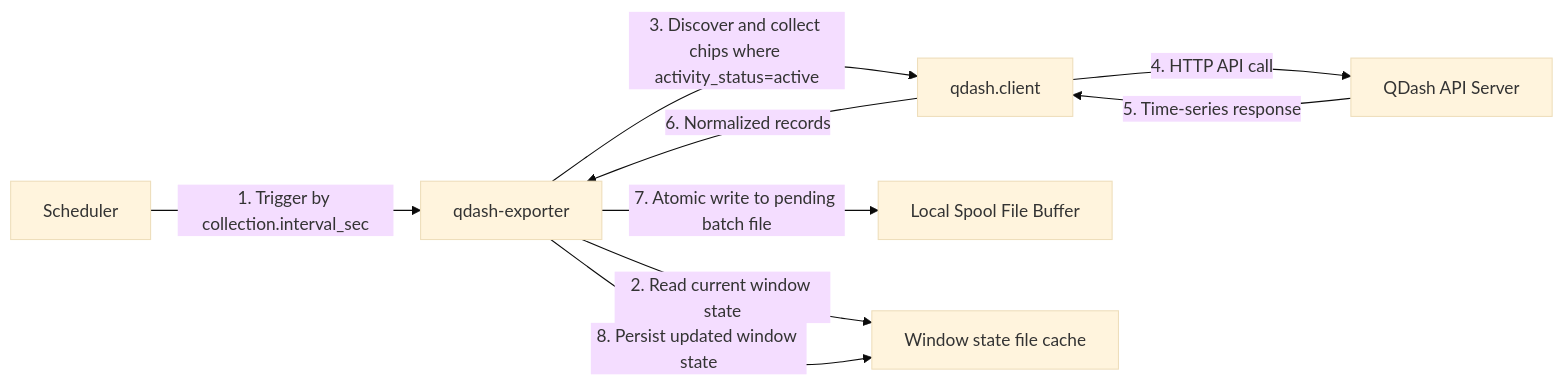
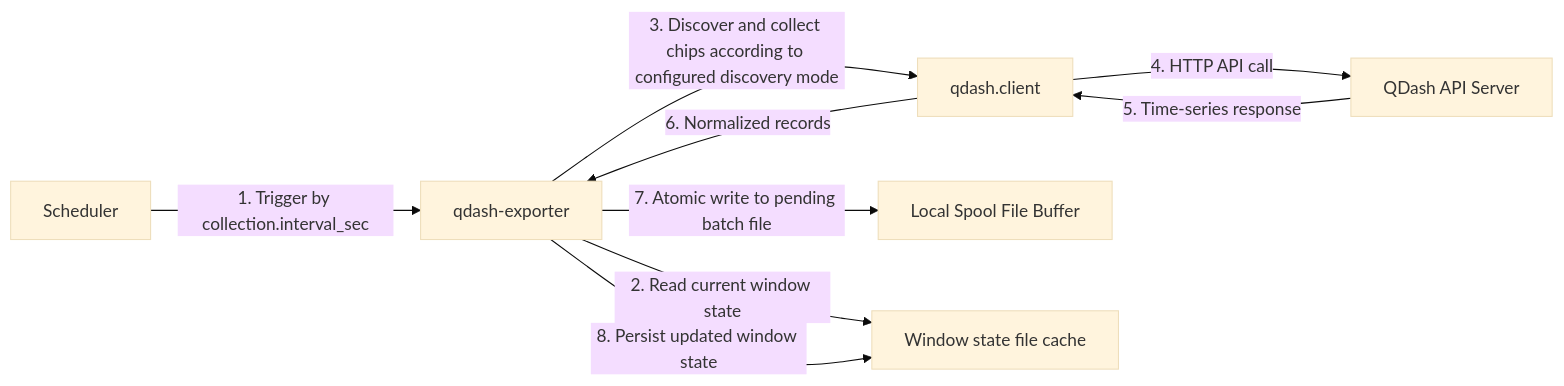
One commit to oqtopus-team/oqtopus-device-monitoring changed the third of 4 diagrams in docs/custom-exporters/qdash-exporter.md. Above: the diagram before and after it, drawn with Mermaid (base theme). The commit also changed other lines of this file and 1 other file, not shown here.

````diff
--- a/docs/custom-exporters/qdash-exporter.md
+++ b/docs/custom-exporters/qdash-exporter.md
@@ -147,18 +147,18 @@
 ```mermaid
 flowchart LR
   sched[Scheduler]
   exp[qdash-exporter]
   qclient[qdash.client]
   qdash[QDash API Server]
   buf[Local Spool File Buffer]
   state[Window state file cache]
 
   sched -->|1. Trigger by collection.interval_sec| exp
   exp -->|2. Read current window state| state
-  exp -->|3. Discover and collect chips where activity_status=active| qclient
+  exp -->|3. Discover and collect chips according to configured discovery mode| qclient
   qclient -->|4. HTTP API call| qdash
   qdash -->|5. Time-series response| qclient
   qclient -->|6. Normalized records| exp
   exp -->|7. Atomic write to pending batch file| buf
   exp -->|8. Persist updated window state| state
 ```
````
